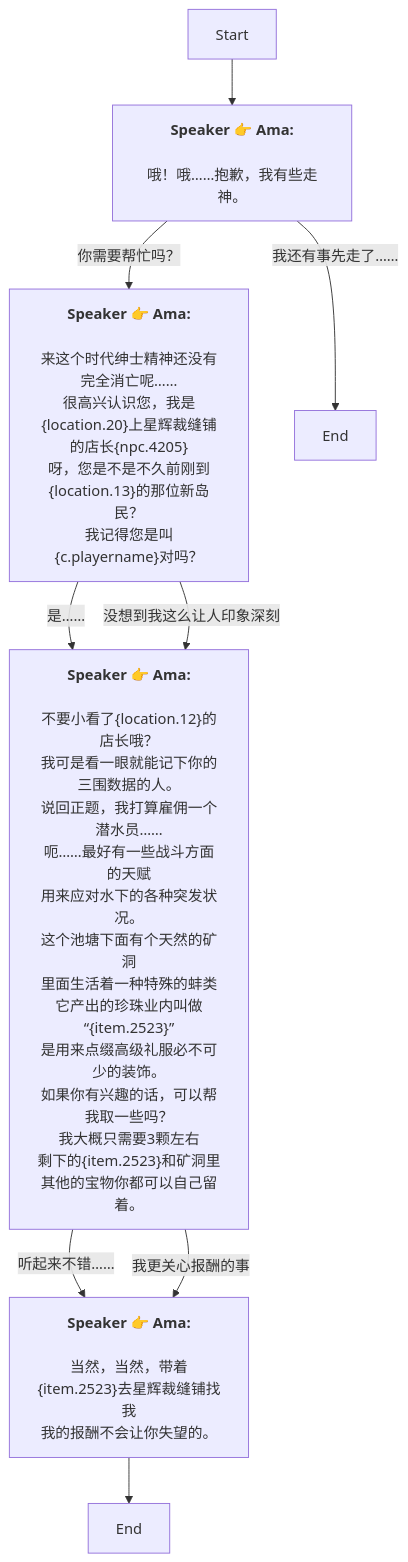
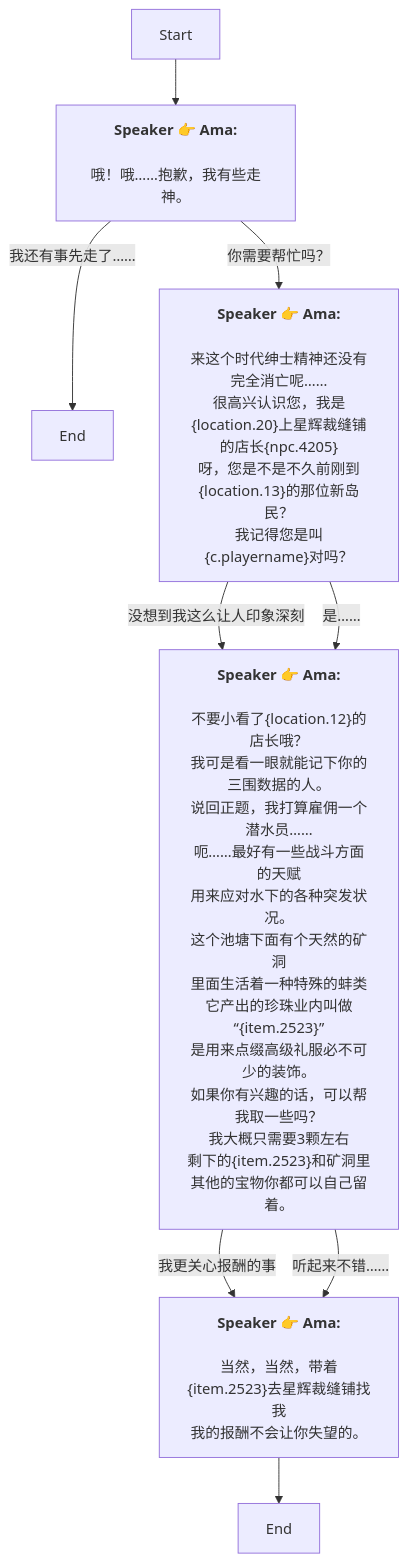
One commit to SoftHu/tos_avg changed the diagram in Zh/Dialog_55200027322565.md. Above: the diagram before and after it, drawn with Mermaid. The commit also changed other lines of this file and 780 other files, not shown here.

````diff
--- a/Zh/Dialog_55200027322565.md
+++ b/Zh/Dialog_55200027322565.md
@@ -1,36 +1,36 @@
 ```mermaid
 graph
 Start -->1766400910248730[<b>Speaker 👉 Ama:</b>
 \n哦！哦……抱歉，我有些走神。]
+1766400910248730 -->|我还有事先走了……|1766400910257960[End]
 1766400910248730 -->|你需要帮忙吗？|1766400910250782[<b>Speaker 👉 Ama:</b>
 \n来这个时代绅士精神还没有完全消亡呢……
 很高兴认识您，我是&lbrace;location.20&rbrace;上星辉裁缝铺的店长&lbrace;npc.4205&rbrace;\n呀，您是不是不久前刚到&lbrace;location.13&rbrace;的那位新岛民？
 我记得您是叫&lbrace;c.playername&rbrace;对吗？]
-1766400910248730 -->|我还有事先走了……|1766400910257960[End]
+1766400910250782 -->|没想到我这么让人印象深刻|1766400910254882[<b>Speaker 👉 Ama:</b>
+\n不要小看了&lbrace;location.12&rbrace;的店长哦？
+我可是看一眼就能记下你的三围数据的人。\n说回正题，我打算雇佣一个潜水员……
+呃……最好有一些战斗方面的天赋
+用来应对水下的各种突发状况。\n这个池塘下面有个天然的矿洞
+里面生活着一种特殊的蚌类\n它产出的珍珠业内叫做“&lbrace;item.2523&rbrace;”
+是用来点缀高级礼服必不可少的装饰。\n如果你有兴趣的话，可以帮我取一些吗？
+我大概只需要3颗左右
+剩下的&lbrace;item.2523&rbrace;和矿洞里其他的宝物你都可以自己留着。]
 1766400910250782 -->|是……|1766400910254882[<b>Speaker 👉 Ama:</b>
 \n不要小看了&lbrace;location.12&rbrace;的店长哦？
 我可是看一眼就能记下你的三围数据的人。\n说回正题，我打算雇佣一个潜水员……
 呃……最好有一些战斗方面的天赋
 用来应对水下的各种突发状况。\n这个池塘下面有个天然的矿洞
 里面生活着一种特殊的蚌类\n它产出的珍珠业内叫做“&lbrace;item.2523&rbrace;”
 是用来点缀高级礼服必不可少的装饰。\n如果你有兴趣的话，可以帮我取一些吗？
 我大概只需要3颗左右
 剩下的&lbrace;item.2523&rbrace;和矿洞里其他的宝物你都可以自己留着。]
-1766400910250782 -->|没想到我这么让人印象深刻|1766400910254882[<b>Speaker 👉 Ama:</b>
-\n不要小看了&lbrace;location.12&rbrace;的店长哦？
-我可是看一眼就能记下你的三围数据的人。\n说回正题，我打算雇佣一个潜水员……
-呃……最好有一些战斗方面的天赋
-用来应对水下的各种突发状况。\n这个池塘下面有个天然的矿洞
-里面生活着一种特殊的蚌类\n它产出的珍珠业内叫做“&lbrace;item.2523&rbrace;”
-是用来点缀高级礼服必不可少的装饰。\n如果你有兴趣的话，可以帮我取一些吗？
-我大概只需要3颗左右
-剩下的&lbrace;item.2523&rbrace;和矿洞里其他的宝物你都可以自己留着。]
-1766400910254882 -->|听起来不错……|1766400910256934[<b>Speaker 👉 Ama:</b>
+1766400910254882 -->|我更关心报酬的事|1766400910256934[<b>Speaker 👉 Ama:</b>
 \n当然，当然，带着&lbrace;item.2523&rbrace;去星辉裁缝铺找我
 我的报酬不会让你失望的。]
-1766400910254882 -->|我更关心报酬的事|1766400910256934[<b>Speaker 👉 Ama:</b>
+1766400910254882 -->|听起来不错……|1766400910256934[<b>Speaker 👉 Ama:</b>
 \n当然，当然，带着&lbrace;item.2523&rbrace;去星辉裁缝铺找我
 我的报酬不会让你失望的。]
 1766400910256934 -->1766400910256935[End]
 
 ```
````
